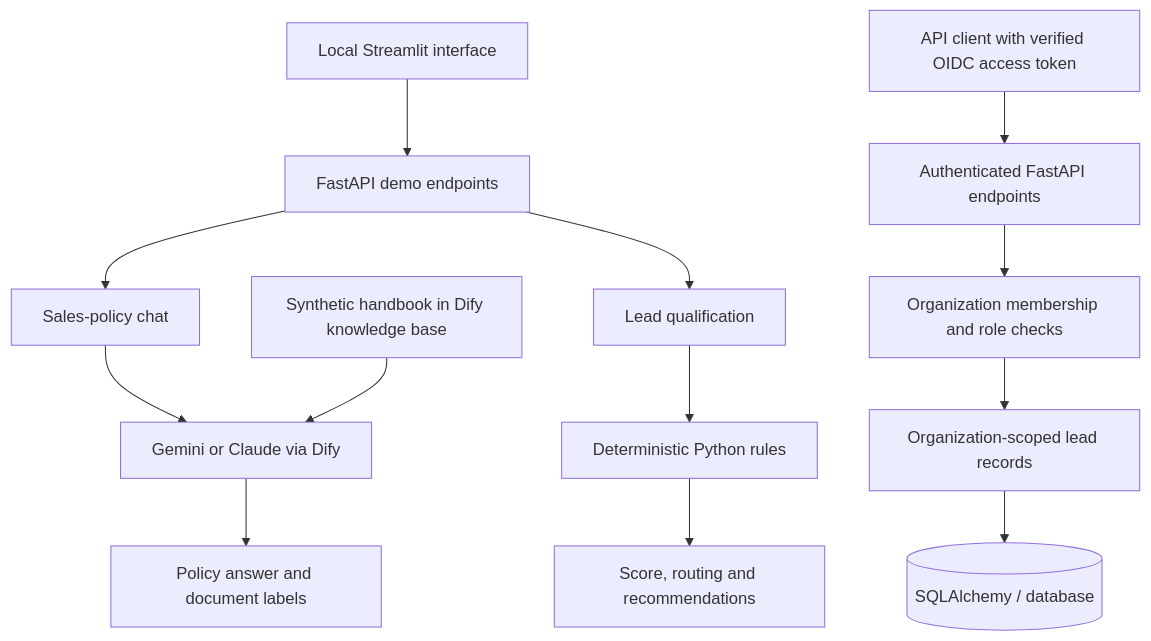
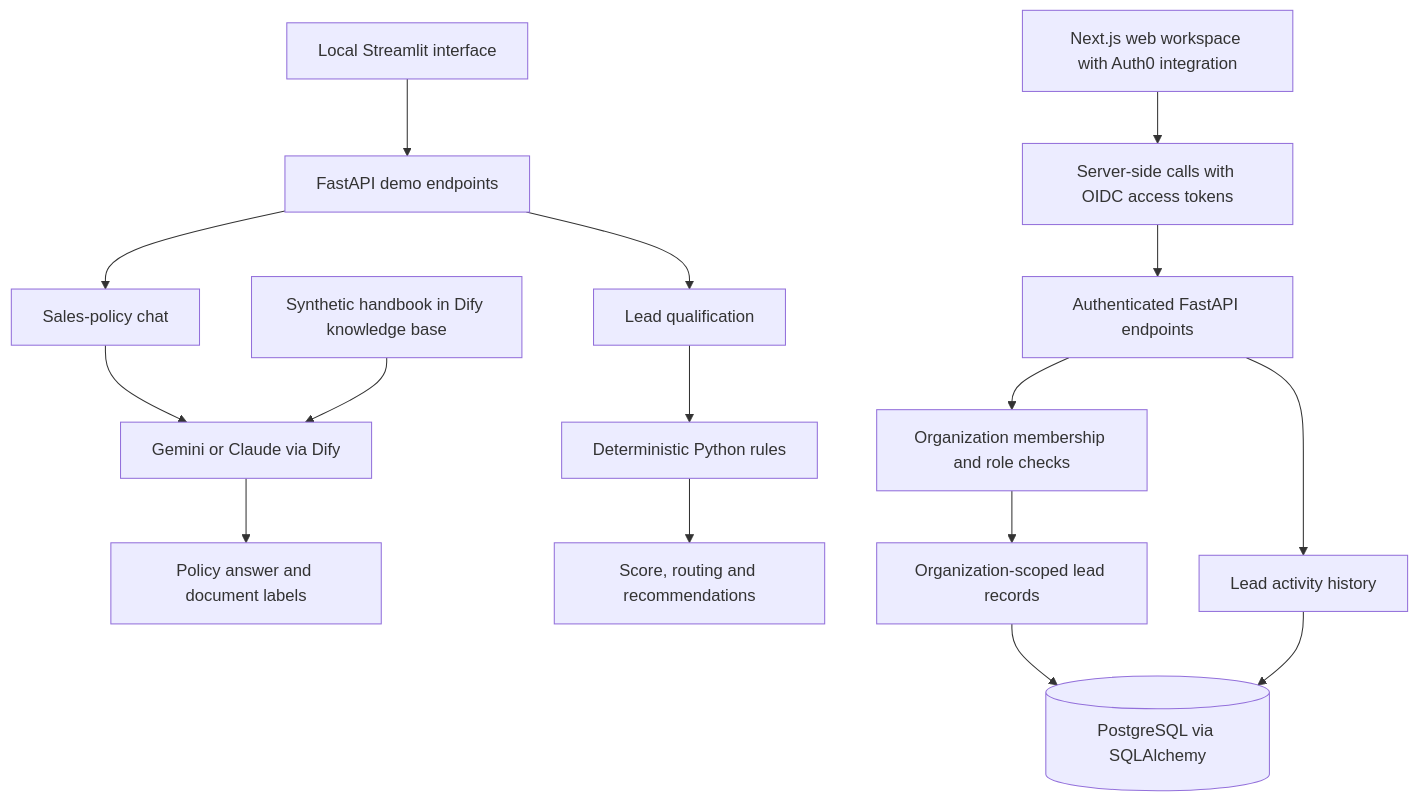
The diagram in README.md (FerhatU9/AllSalesCRM-AI), drawn with Mermaid before and after one commit. The commit also changed other lines of this file and 5 other files, not shown here.

````diff
--- a/README.md
+++ b/README.md
@@ -24,16 +24,19 @@
 ```mermaid
 flowchart TD
     A[Local Streamlit interface] --> B[FastAPI demo endpoints]
     B --> C[Sales-policy chat]
     B --> D[Lead qualification]
     C --> E[Gemini or Claude via Dify]
     K[Synthetic handbook in Dify knowledge base] --> E
     D --> F[Deterministic Python rules]
     E --> G[Policy answer and document labels]
     F --> H[Score, routing and recommendations]
 
-    I[API client with verified OIDC access token] --> J[Authenticated FastAPI endpoints]
+    W[Next.js web workspace with Auth0 integration] --> I[Server-side calls with OIDC access tokens]
+    I --> J[Authenticated FastAPI endpoints]
     J --> L[Organization membership and role checks]
     L --> M[Organization-scoped lead records]
-    M --> N[(SQLAlchemy / database)]
+    M --> N[(PostgreSQL via SQLAlchemy)]
+    J --> Q[Lead activity history]
+    Q --> N
 ```
````
